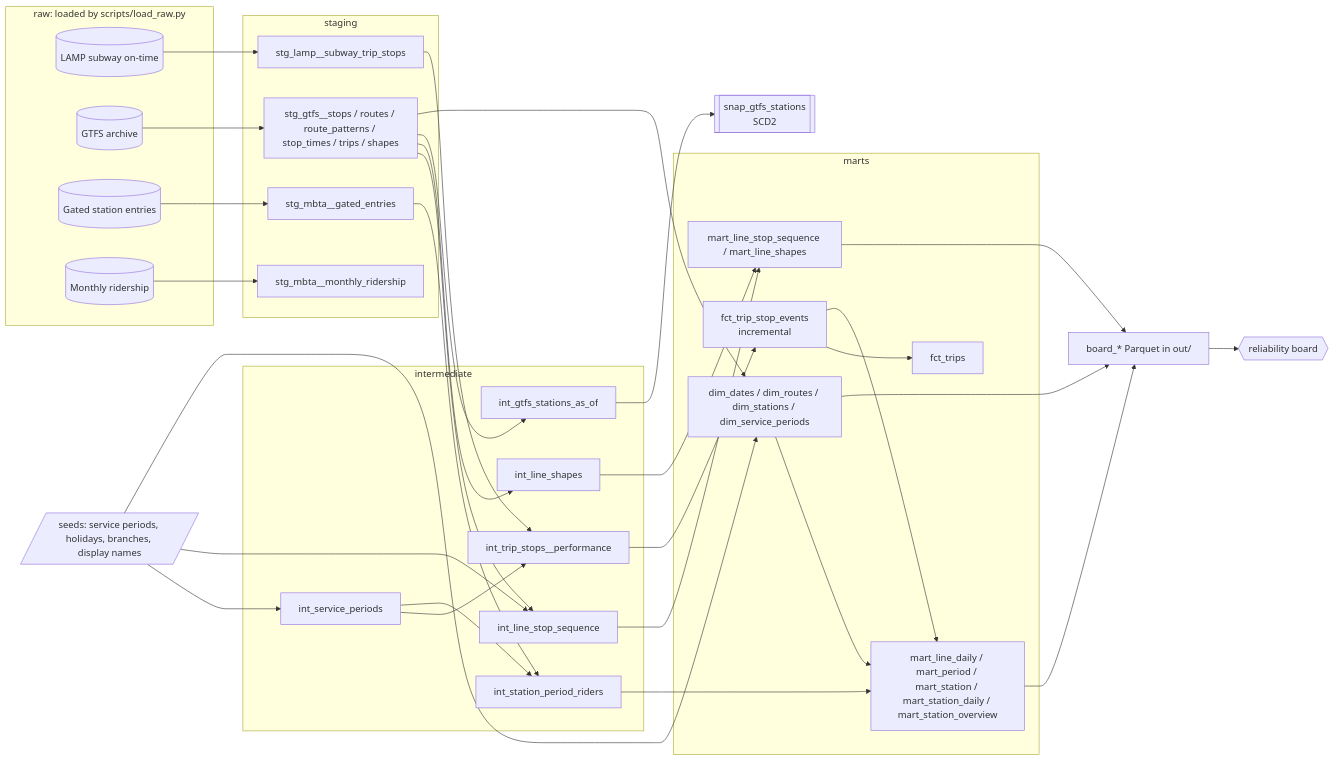
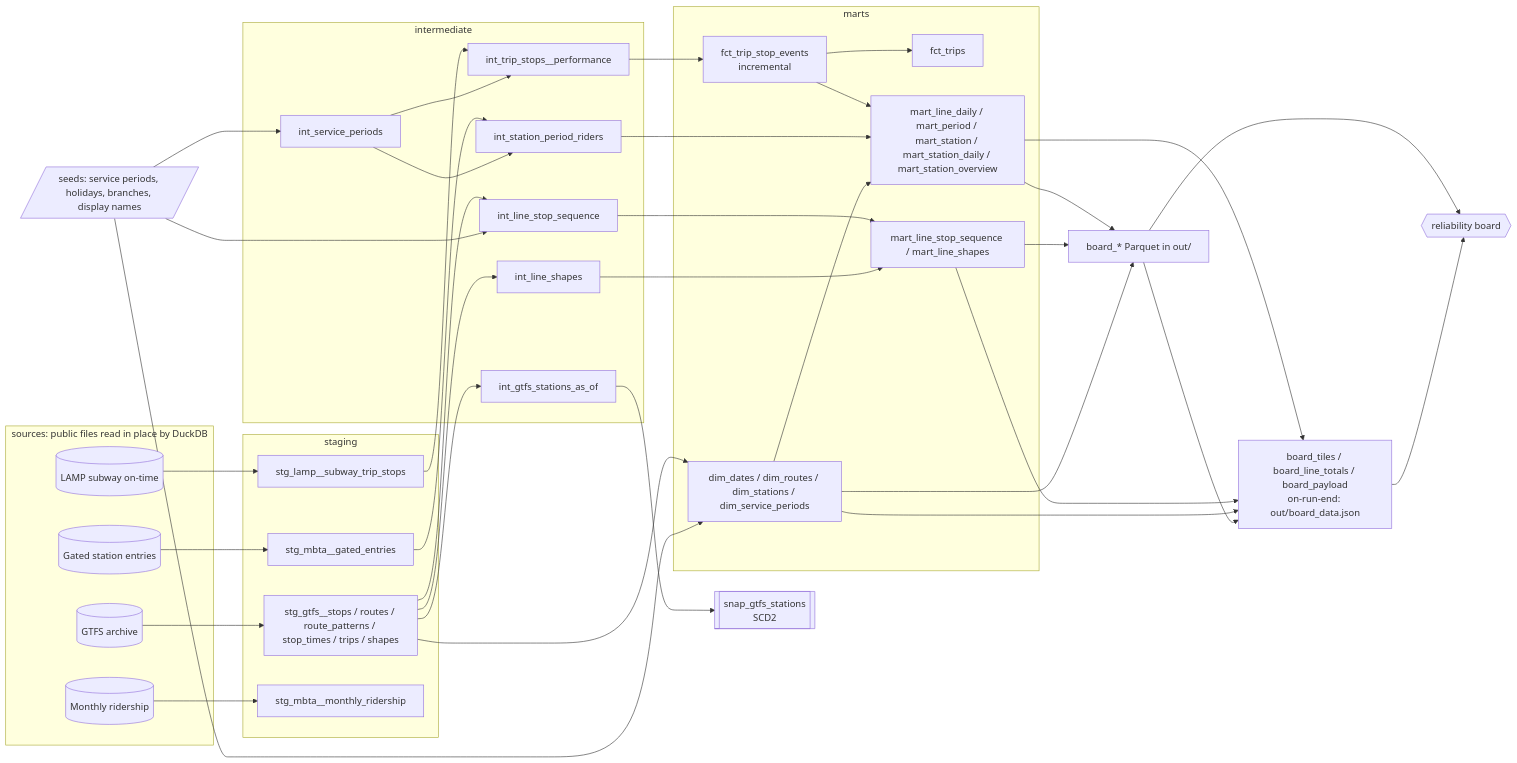
Before and after one commit to NeelVadlamudi/lantern: the diagram in README.md, drawn with Mermaid. The commit also changed other lines of this file and 64 other files, not shown here.

````diff
--- a/README.md
+++ b/README.md
@@ -38,50 +46,52 @@
 ```mermaid
 flowchart LR
-  subgraph sources[raw: loaded by scripts/load_raw.py]
+  subgraph sources[sources: public files read in place by DuckDB]
     lamp[(LAMP subway on-time)]
     gtfs[(GTFS archive)]
     gse[(Gated station entries)]
     mr[(Monthly ridership)]
   end
   subgraph staging
     stg_lamp[stg_lamp__subway_trip_stops]
     stg_gtfs[stg_gtfs__stops / routes / route_patterns / stop_times / trips / shapes]
     stg_gse[stg_mbta__gated_entries]
     stg_mr[stg_mbta__monthly_ridership]
   end
   subgraph intermediate
     int_perf[int_trip_stops__performance]
     int_sp[int_service_periods]
     int_seq[int_line_stop_sequence]
     int_shp[int_line_shapes]
     int_rid[int_station_period_riders]
     int_st[int_gtfs_stations_as_of]
   end
   subgraph marts
     dims[dim_dates / dim_routes / dim_stations / dim_service_periods]
     fct[fct_trip_stop_events<br/>incremental]
     fct_t[fct_trips]
     agg[mart_line_daily / mart_period / mart_station / mart_station_daily / mart_station_overview]
     geo[mart_line_stop_sequence / mart_line_shapes]
   end
   snap[[snap_gtfs_stations<br/>SCD2]]
   exports[board_* Parquet in out/]
+  payload[board_tiles / board_line_totals / board_payload<br/>on-run-end: out/board_data.json]
   board{{reliability board}}
   seeds[/seeds: service periods, holidays, branches, display names/]
 
   lamp --> stg_lamp --> int_perf
   gtfs --> stg_gtfs
   stg_gtfs --> int_seq & int_shp & int_st & dims
   gse --> stg_gse --> int_rid
   mr --> stg_mr
   seeds --> int_sp & int_seq & dims
   int_sp --> int_perf & int_rid
   int_perf --> fct --> fct_t
   fct --> agg
   int_rid --> agg
   int_seq --> geo
   int_shp --> geo
   int_st --> snap
   dims --> agg
   agg & geo & dims --> exports --> board
+  agg & geo & dims & exports --> payload --> board
 ```
````
